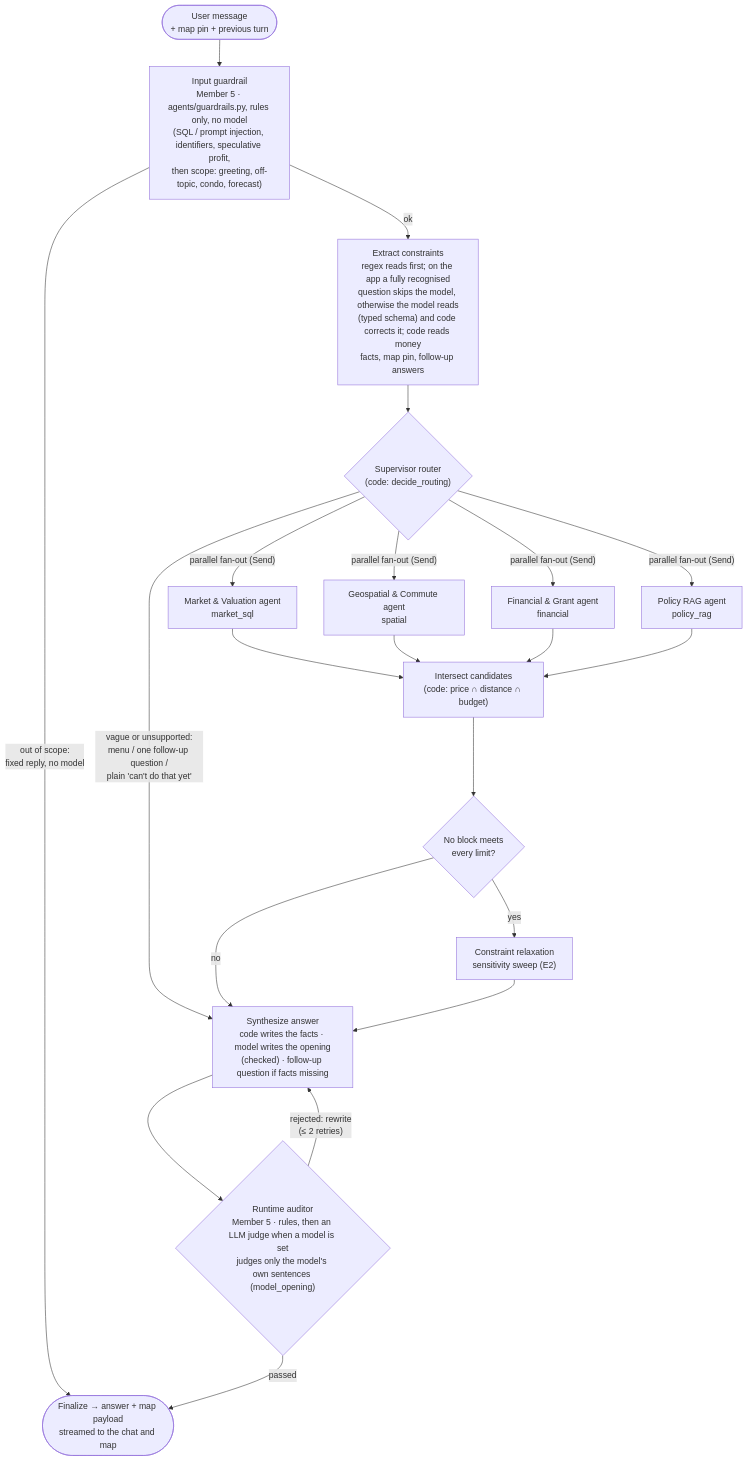
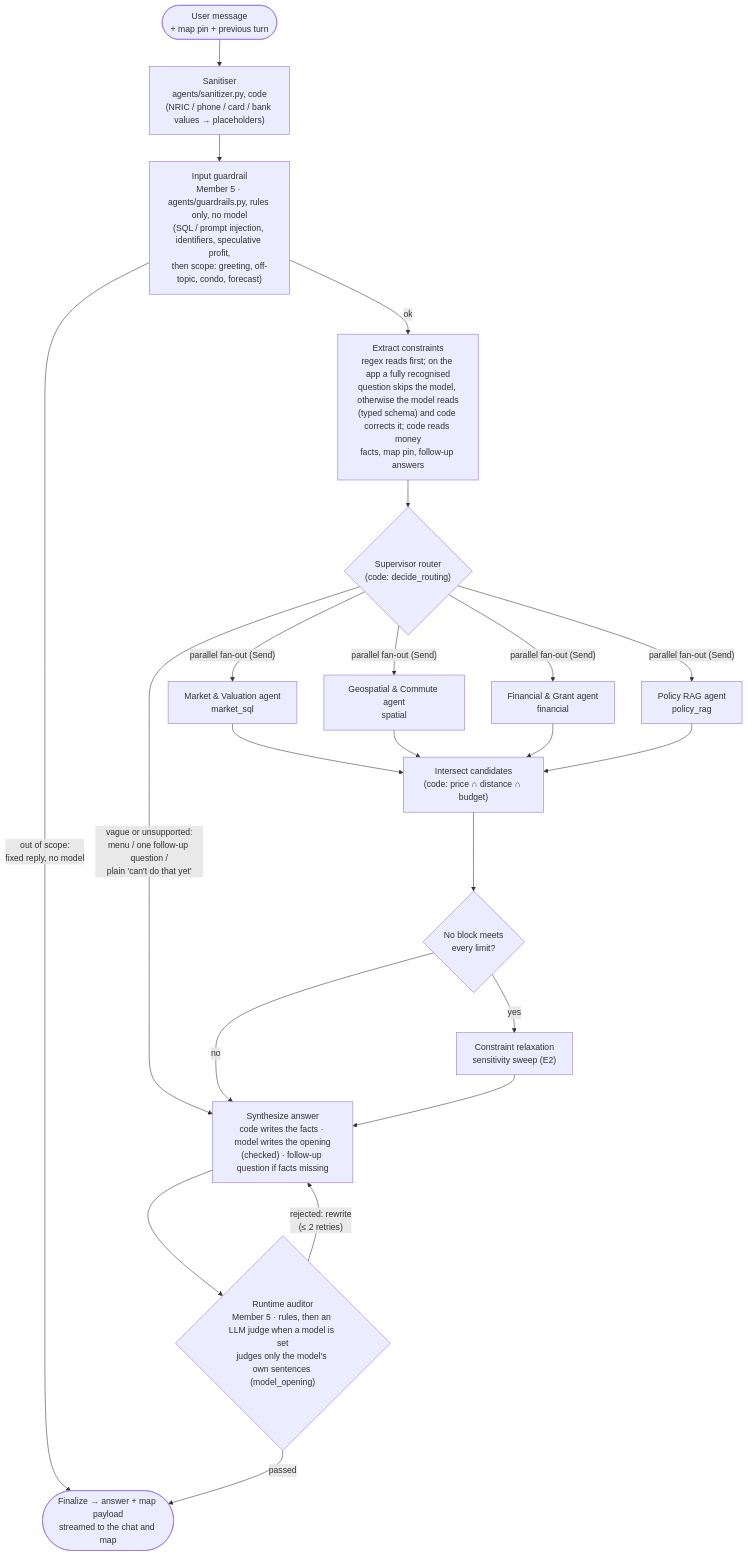
The third of 4 diagrams in README.md (fcyap/HDB-Compass), drawn with Mermaid before and after one commit. The commit also changed other lines of this file and 32 other files, not shown here.

````diff
--- a/README.md
+++ b/README.md
@@ -146,37 +146,40 @@
 ```mermaid
 flowchart TD
-    Start(["User message<br/>+ map pin + previous turn"]) --> Guard
+    Start(["User message<br/>+ map pin + previous turn"]) --> San
+
+    San["Sanitiser<br/>agents/sanitizer.py, code<br/>(NRIC / phone / card / bank values → placeholders)"]
+    San --> Guard
 
     Guard["Input guardrail<br/>Member 5 · agents/guardrails.py, rules only, no model<br/>(SQL / prompt injection, identifiers, speculative profit,<br/>then scope: greeting, off-topic, condo, forecast)"]
     Guard -->|"out of scope:<br/>fixed reply, no model"| Final
     Guard -->|"ok"| Extract
 
     Extract["Extract constraints<br/>regex reads first; on the app a fully recognised<br/>question skips the model, otherwise the model reads<br/>(typed schema) and code corrects it; code reads money<br/>facts, map pin, follow-up answers"]
     Extract --> Route
 
     Route{"Supervisor router<br/>(code: decide_routing)"}
     Route -->|"vague or unsupported:<br/>menu / one follow-up question /<br/>plain 'can't do that yet'"| Synth
     Route -->|"parallel fan-out (Send)"| M & S & F & P
 
     M["Market & Valuation agent<br/>market_sql"]
     S["Geospatial & Commute agent<br/>spatial"]
     F["Financial & Grant agent<br/>financial"]
     P["Policy RAG agent<br/>policy_rag"]
 
     M & S & F & P --> Join
 
     Join["Intersect candidates<br/>(code: price ∩ distance ∩ budget)"]
     Join --> Relax{"No block meets<br/>every limit?"}
     Relax -->|"yes"| Sweep["Constraint relaxation<br/>sensitivity sweep (E2)"]
     Relax -->|"no"| Synth
     Sweep --> Synth
 
     Synth["Synthesize answer<br/>code writes the facts · model writes the opening<br/>(checked) · follow-up question if facts missing"]
     Synth --> Audit
 
     Audit{"Runtime auditor<br/>Member 5 · rules, then an LLM judge when a model is set<br/>judges only the model's own sentences (model_opening)"}
     Audit -->|"rejected: rewrite<br/>(≤ 2 retries)"| Synth
     Audit -->|"passed"| Final
 
     Final(["Finalize → answer + map payload<br/>streamed to the chat and map"])
 ```
````
